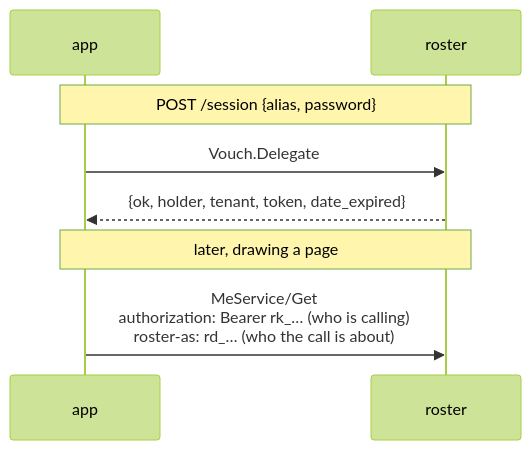
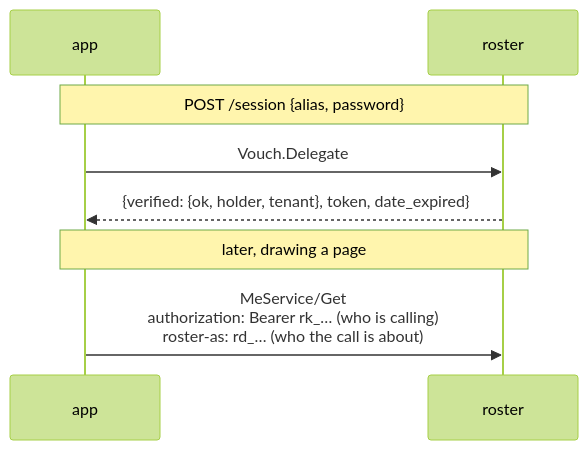
One commit to lesomnus/roster changed the seventh of 7 diagrams in docs/login.md. Above: the diagram before and after it, drawn with Mermaid (forest theme). The commit also changed other lines of this file and 1 other file, not shown here.

````diff
--- a/docs/login.md
+++ b/docs/login.md
@@ -1515,12 +1516,12 @@
 ```mermaid
 sequenceDiagram
   participant A as app
   participant R as roster
 
   Note over A,R: POST /session {alias, password}
   A->>R: Vouch.Delegate
-  R-->>A: {ok, holder, tenant, token, date_expired}
+  R-->>A: {verified: {ok, holder, tenant}, token, date_expired}
 
   Note over A,R: later, drawing a page
   A->>R: MeService/Get<br/>authorization: Bearer rk_… (who is calling)<br/>roster-as: rd_… (who the call is about)
 ```
````
